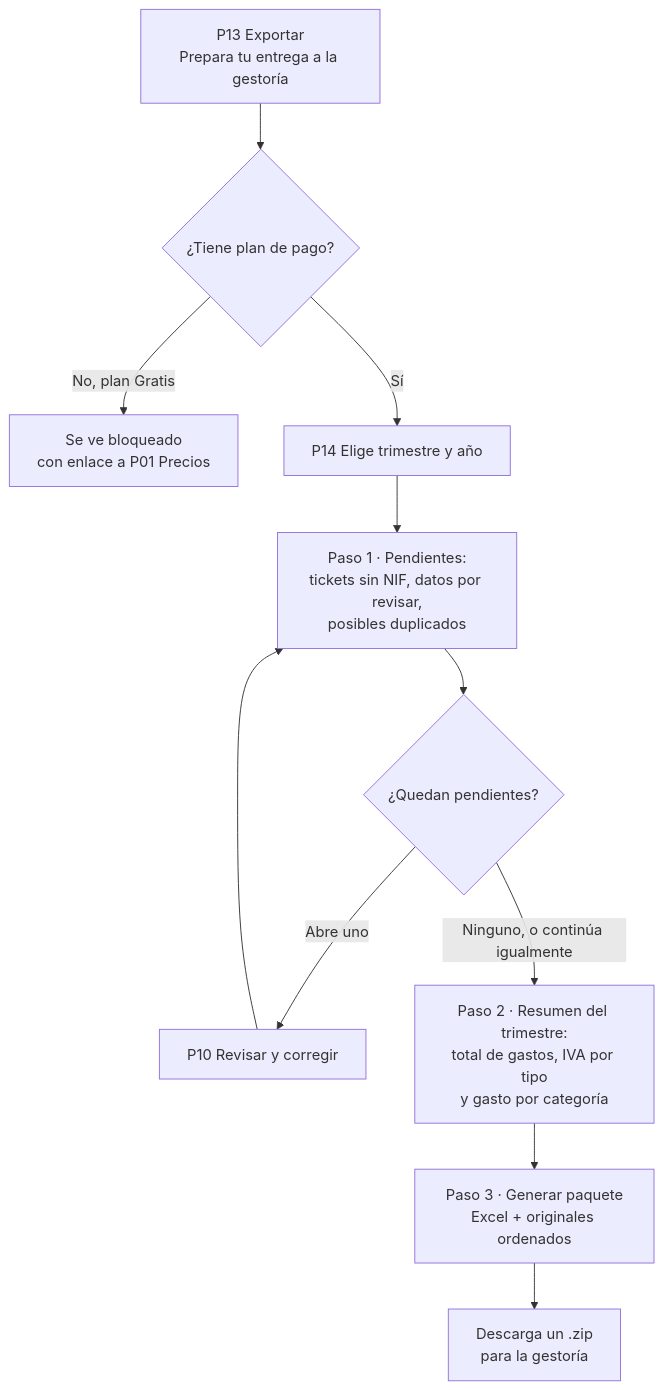
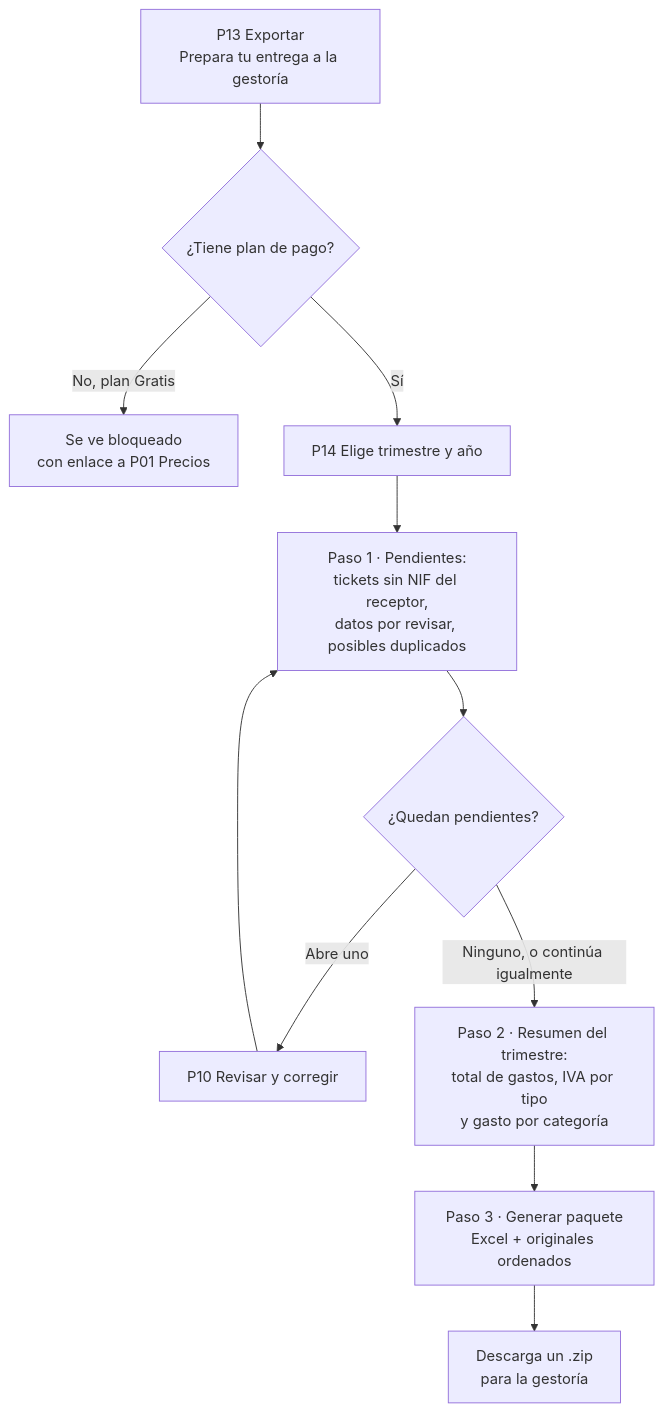
One commit to Ana-gp/gestion-facturas changed the eighth of 8 diagrams in docs/mapa-pantallas.md. Above: the diagram before and after it, drawn with Mermaid. The commit also changed other lines of this file, not shown here.

````diff
--- a/docs/mapa-pantallas.md
+++ b/docs/mapa-pantallas.md
@@ -337,13 +337,13 @@
 ```mermaid
 flowchart TD
     A["P13 Exportar<br/>Prepara tu entrega a la gestoría"] --> B{"¿Tiene plan de pago?"}
     B -->|"No, plan Gratis"| B1["Se ve bloqueado<br/>con enlace a P01 Precios"]
     B -->|"Sí"| C["P14 Elige trimestre y año"]
-    C --> D["Paso 1 · Pendientes:<br/>tickets sin NIF, datos por revisar,<br/>posibles duplicados"]
+    C --> D["Paso 1 · Pendientes:<br/>tickets sin NIF del receptor,<br/>datos por revisar, posibles duplicados"]
     D --> E{"¿Quedan pendientes?"}
     E -->|"Abre uno"| P10["P10 Revisar y corregir"]
     P10 --> D
     E -->|"Ninguno, o continúa igualmente"| F["Paso 2 · Resumen del trimestre:<br/>total de gastos, IVA por tipo<br/>y gasto por categoría"]
     F --> G["Paso 3 · Generar paquete<br/>Excel + originales ordenados"]
     G --> H["Descarga un .zip<br/>para la gestoría"]
 ```
````
